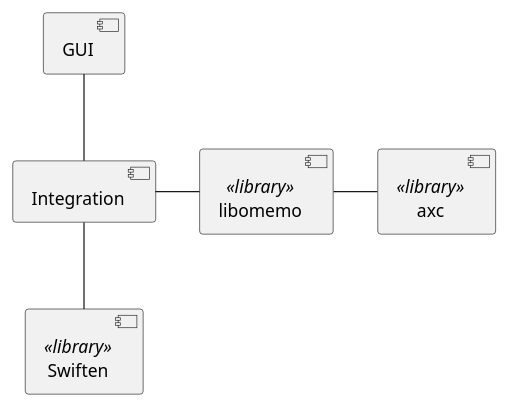
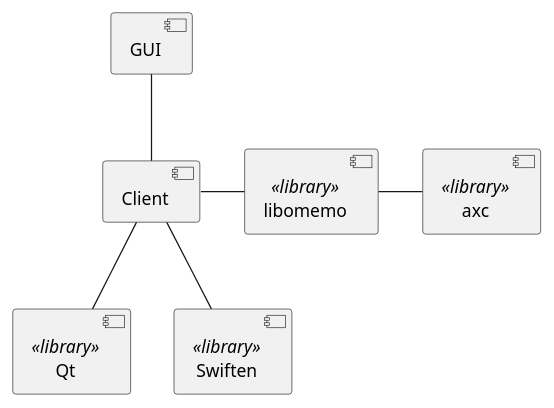
One commit to geobra/harbour-shmoose changed the diagram in doc/architecture/images/building_blocks.plantuml. Above: the diagram before and after it, drawn with PlantUML. The commit also changed 6 other files, not shown here.

```diff
--- a/doc/architecture/images/building_blocks.plantuml
+++ b/doc/architecture/images/building_blocks.plantuml
@@ -1,15 +1,17 @@
 @startuml
 skinparam packageStyle rectangle
 
 [GUI]
-[Integration]
+[Client]
+[Qt] <<library>>
 [Swiften] <<library>>
 [libomemo] <<library>>
 [axc] <<library>>
 
-[GUI] -- [Integration]
-[Integration] -- [Swiften]
-[Integration] - [libomemo]
+[GUI] -- [Client]
+[Client] -- [Qt]
+[Client] -- [Swiften]
+[Client] - [libomemo]
 [libomemo] - [axc]
 
 @enduml
```
